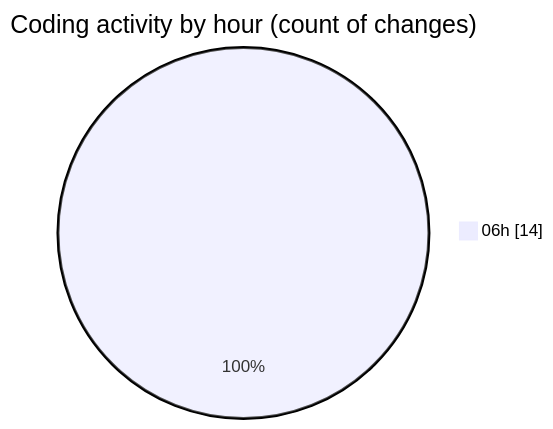
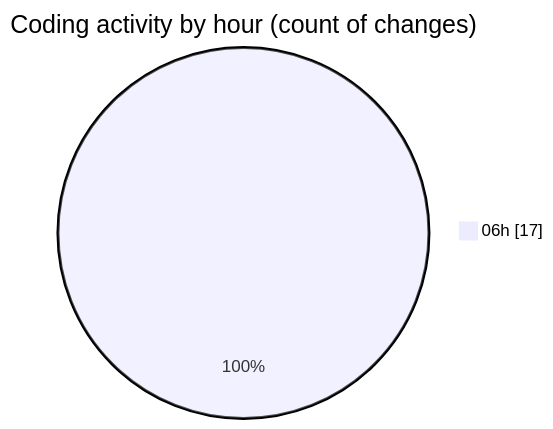
The second of 2 diagrams in 2025-02-25/mbc-web/README.md (robertbonfada/code-tracking), drawn with Mermaid before and after one commit. The commit also changed other lines of this file and 1 other file, not shown here.

````diff
--- a/2025-02-25/mbc-web/README.md
+++ b/2025-02-25/mbc-web/README.md
@@ -31,5 +31,5 @@
 ```mermaid
 pie showData
 title Coding activity by hour (count of changes)
-"06h" : 14
+"06h" : 17
 ```
````
